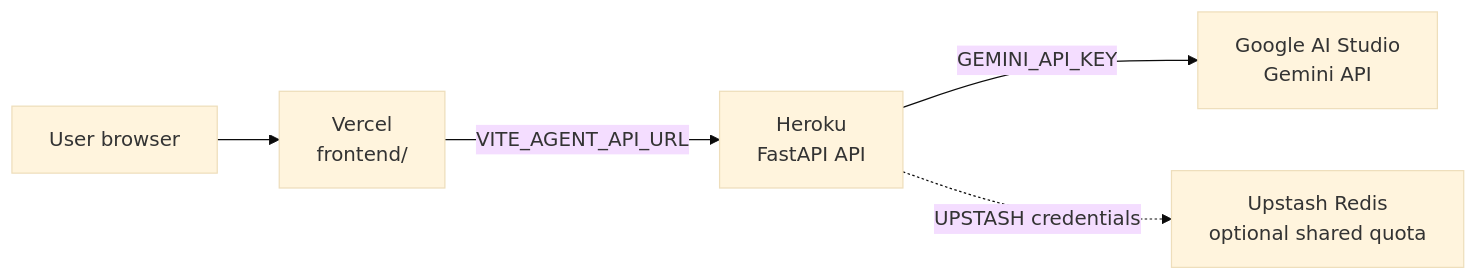
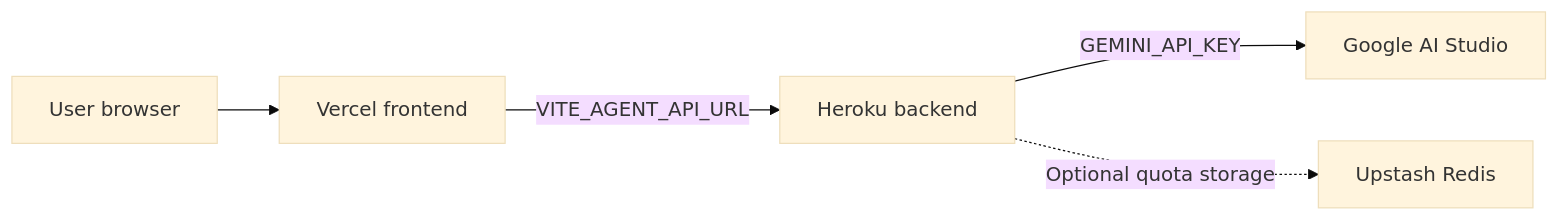
One commit to bilalhaider-ux/ai_agent_01 changed the diagram in DEPLOYMENT.md. Above: the diagram before and after it, drawn with Mermaid (base theme). The commit also changed other lines of this file, not shown here.

````diff
--- a/DEPLOYMENT.md
+++ b/DEPLOYMENT.md
@@ -15,13 +18,7 @@
 ```mermaid
 flowchart LR
-    User[User browser]
-    Vercel[Vercel\nfrontend/]
-    Heroku[Heroku\nFastAPI API]
-    Gemini[Google AI Studio\nGemini API]
-    Redis[Upstash Redis\noptional shared quota]
-
-    User --> Vercel
-    Vercel -->|VITE_AGENT_API_URL| Heroku
-    Heroku -->|GEMINI_API_KEY| Gemini
-    Heroku -.->|UPSTASH credentials| Redis
+    User[User browser] --> Vercel[Vercel frontend]
+    Vercel -->|VITE_AGENT_API_URL| Heroku[Heroku backend]
+    Heroku -->|GEMINI_API_KEY| Gemini[Google AI Studio]
+    Heroku -.->|Optional quota storage| Redis[Upstash Redis]
 ```
````
